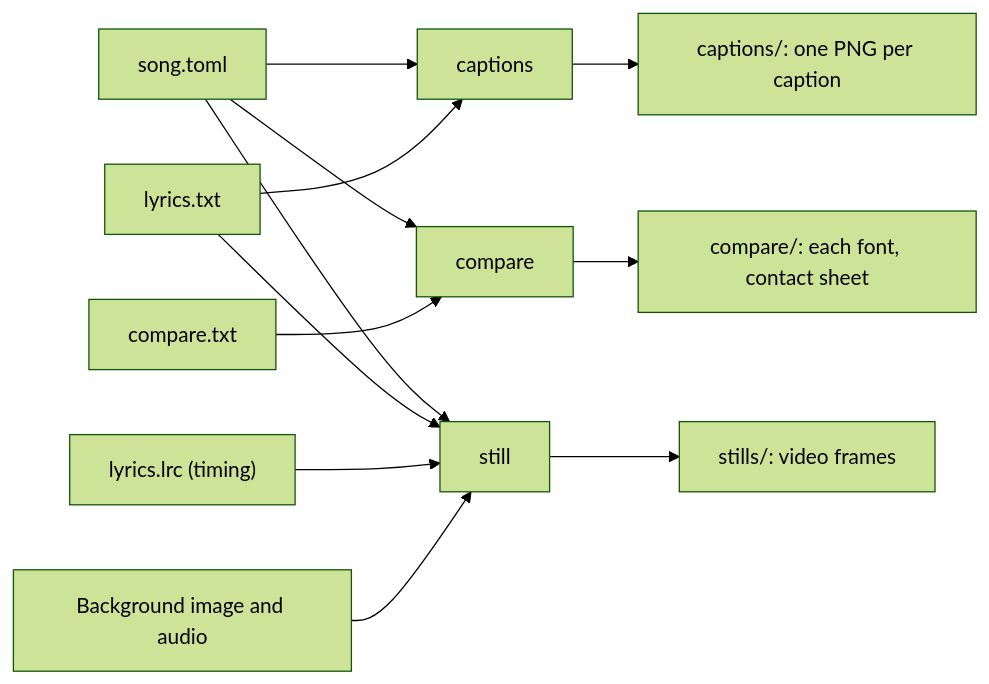
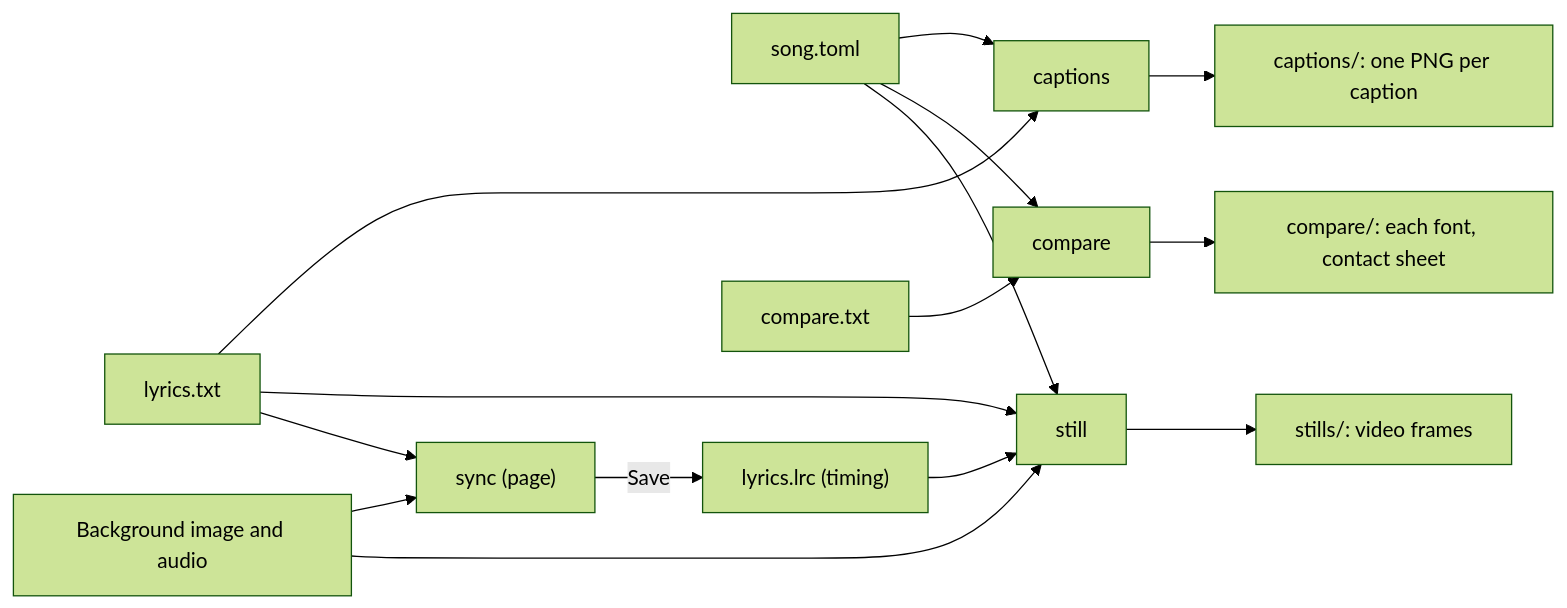
One commit to musica-sanare/lyrics-video-app changed the diagram in docs/en/USER_GUIDE.md. Above: the diagram before and after it, drawn with Mermaid (forest theme). The commit also changed other lines of this file and 23 other files, not shown here.

````diff
--- a/docs/en/USER_GUIDE.md
+++ b/docs/en/USER_GUIDE.md
@@ -10,22 +11,25 @@
 ```mermaid
 flowchart LR
   song["song.toml"]
   lyrics["lyrics.txt"]
   timing["lyrics.lrc (timing)"]
   comparetxt["compare.txt"]
   media["Background image and audio"]
   captions["captions"]
   compare["compare"]
   still["still"]
+  sync["sync (page)"]
   outCaptions["captions/: one PNG per caption"]
   outCompare["compare/: each font, contact sheet"]
   outStills["stills/: video frames"]
   song --> captions & compare & still
   lyrics --> captions & still
   timing --> still
+  lyrics & media --> sync
+  sync -->|Save| timing
   comparetxt --> compare
   media --> still
   captions --> outCaptions
   compare --> outCompare
   still --> outStills
 ```
````
